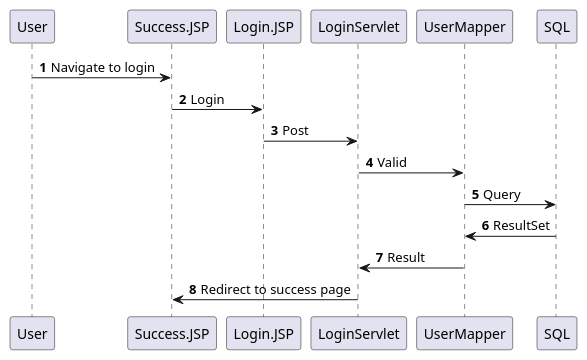
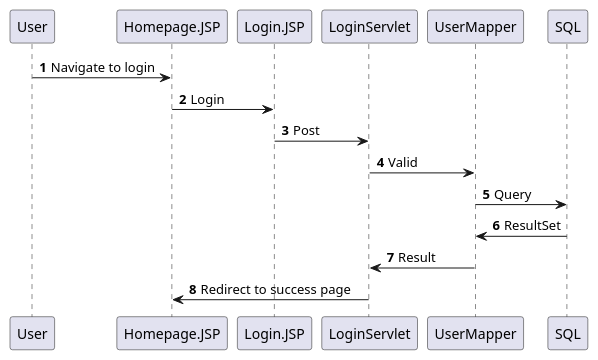
One commit to HeinLarsen/fog-carport changed the diagram in documentation/SqCustomerLogin.puml. Above: the diagram before and after it, drawn with PlantUML.

Commit message:
Rettet små fejl

```diff
--- a/documentation/SqCustomerLogin.puml
+++ b/documentation/SqCustomerLogin.puml
@@ -1,14 +1,14 @@
 @startuml
 'https://plantuml.com/sequence-diagram
 
 autonumber
 
-User -> Success.JSP: Navigate to login
-Success.JSP -> Login.JSP: Login
+User -> Homepage.JSP: Navigate to login
+Homepage.JSP -> Login.JSP: Login
 Login.JSP -> LoginServlet: Post
 LoginServlet -> UserMapper: Valid
 UserMapper -> SQL: Query
 SQL -> UserMapper: ResultSet
 UserMapper -> LoginServlet: Result
-LoginServlet -> Success.JSP: Redirect to success page
+LoginServlet -> Homepage.JSP: Redirect to success page
 @enduml
```
